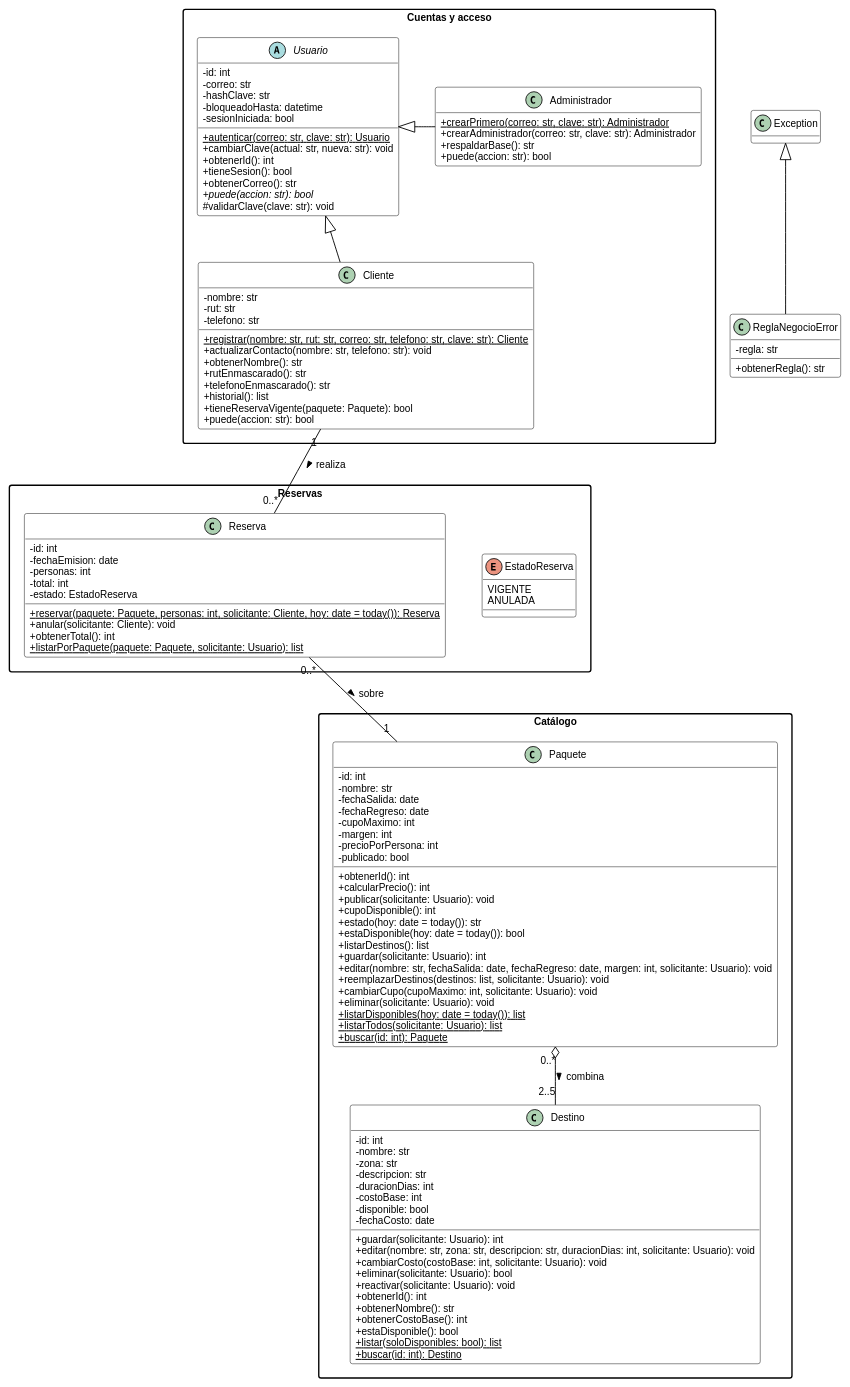
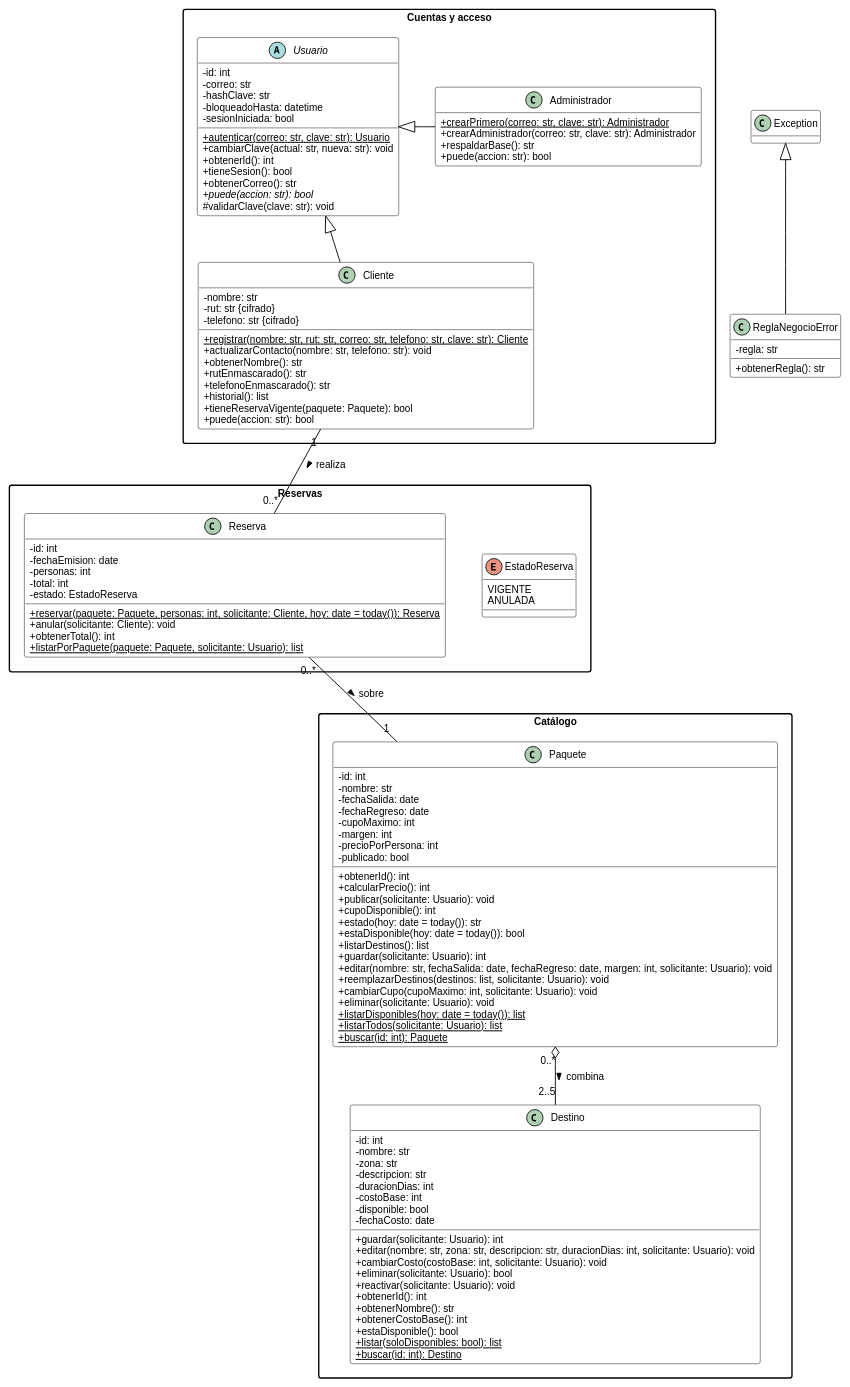
One commit to leonardoguerrerodev/POO-Viajes-Aventura changed the diagram in diagramas/clases.puml. Above: the diagram before and after it, drawn with PlantUML. The commit also changed 9 other files, not shown here.

Commit message:
docs(modelo): HU-23 una flecha por include, BPMN alineado con las fichas, proceso de anulación y RUT cifrado en el diagrama

```diff
--- a/diagramas/clases.puml
+++ b/diagramas/clases.puml
@@ -1,144 +1,144 @@
 @startuml clases
 ' Diagrama de clases de Viajes Aventura (paso 5 del plan). Convención de la ES1: nombres en camelCase,
 ' privado con «-», protegido con «#», sin constructor, «void» cuando no devuelve nada. El código usa
 ' snake_case y herramientas/uml_vs_codigo.py convierte uno en otro para compararlos.
 skinparam classAttributeIconSize 0
 skinparam defaultFontName "Liberation Sans"
 skinparam defaultFontSize 11
 skinparam shadowing false
 skinparam packageStyle rectangle
 skinparam class {
   BackgroundColor white
   BorderColor black
   ArrowColor black
 }
 skinparam note {
   BackgroundColor #f6f6f6
   BorderColor #666666
 }
 hide empty fields
 skinparam nodesep 40
 skinparam ranksep 50
 
 package "Cuentas y acceso" {
   abstract class Usuario {
     - id: int
     - correo: str
     - hashClave: str
     - bloqueadoHasta: datetime
     - sesionIniciada: bool
     + {static} autenticar(correo: str, clave: str): Usuario
     + cambiarClave(actual: str, nueva: str): void
     + obtenerId(): int
     + tieneSesion(): bool
     + obtenerCorreo(): str
     + {abstract} puede(accion: str): bool
     # validarClave(clave: str): void
   }
 
   class Cliente {
     - nombre: str
-    - rut: str
-    - telefono: str
+    - rut: str {cifrado}
+    - telefono: str {cifrado}
     + {static} registrar(nombre: str, rut: str, correo: str, telefono: str, clave: str): Cliente
     + actualizarContacto(nombre: str, telefono: str): void
     + obtenerNombre(): str
     + rutEnmascarado(): str
     + telefonoEnmascarado(): str
     + historial(): list
     + tieneReservaVigente(paquete: Paquete): bool
     + puede(accion: str): bool
   }
 
   class Administrador {
     + {static} crearPrimero(correo: str, clave: str): Administrador
     + crearAdministrador(correo: str, clave: str): Administrador
     + respaldarBase(): str
     + puede(accion: str): bool
   }
 }
 
 package "Catálogo" {
   class Destino {
     - id: int
     - nombre: str
     - zona: str
     - descripcion: str
     - duracionDias: int
     - costoBase: int
     - disponible: bool
     - fechaCosto: date
     + guardar(solicitante: Usuario): int
     + editar(nombre: str, zona: str, descripcion: str, duracionDias: int, solicitante: Usuario): void
     + cambiarCosto(costoBase: int, solicitante: Usuario): void
     + eliminar(solicitante: Usuario): bool
     + reactivar(solicitante: Usuario): void
     + obtenerId(): int
     + obtenerNombre(): str
     + obtenerCostoBase(): int
     + estaDisponible(): bool
     + {static} listar(soloDisponibles: bool): list
     + {static} buscar(id: int): Destino
   }
 
   class Paquete {
     - id: int
     - nombre: str
     - fechaSalida: date
     - fechaRegreso: date
     - cupoMaximo: int
     - margen: int
     - precioPorPersona: int
     - publicado: bool
     + obtenerId(): int
     + calcularPrecio(): int
     + publicar(solicitante: Usuario): void
     + cupoDisponible(): int
     + estado(hoy: date = today()): str
     + estaDisponible(hoy: date = today()): bool
     + listarDestinos(): list
     + guardar(solicitante: Usuario): int
     + editar(nombre: str, fechaSalida: date, fechaRegreso: date, margen: int, solicitante: Usuario): void
     + reemplazarDestinos(destinos: list, solicitante: Usuario): void
     + cambiarCupo(cupoMaximo: int, solicitante: Usuario): void
     + eliminar(solicitante: Usuario): void
     + {static} listarDisponibles(hoy: date = today()): list
     + {static} listarTodos(solicitante: Usuario): list
     + {static} buscar(id: int): Paquete
   }
 }
 
 package "Reservas" {
   class Reserva {
     - id: int
     - fechaEmision: date
     - personas: int
     - total: int
     - estado: EstadoReserva
     + {static} reservar(paquete: Paquete, personas: int, solicitante: Cliente, hoy: date = today()): Reserva
     + anular(solicitante: Cliente): void
     + obtenerTotal(): int
     + {static} listarPorPaquete(paquete: Paquete, solicitante: Usuario): list
   }
 
   enum EstadoReserva {
     VIGENTE
     ANULADA
   }
 }
 
 class ReglaNegocioError {
   - regla: str
   + obtenerRegla(): str
 }
 
 Usuario <|-- Cliente
 Usuario <|-right- Administrador
 Cliente "1" -down- "0..*" Reserva : realiza >
 Reserva -[hidden]right- EstadoReserva
 Administrador -[hidden]right- Paquete
 Paquete "0..*" o-down- "2..5" Destino : combina >
 Reserva "0..*" -- "1" Paquete : sobre >
 Exception <|-- ReglaNegocioError
 
 @enduml
```
